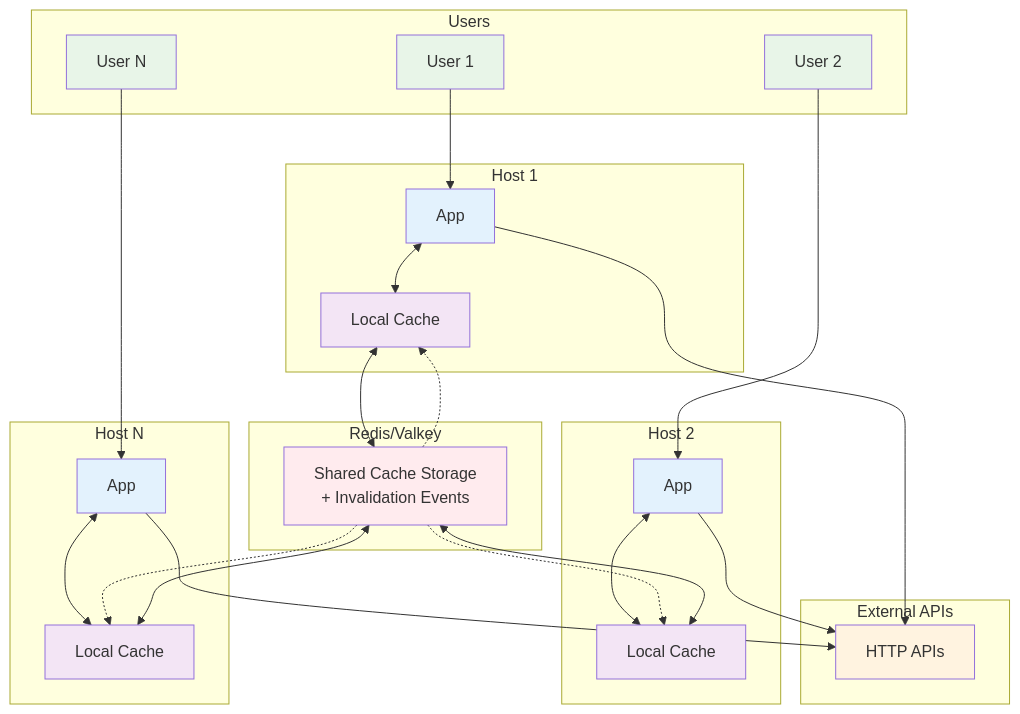
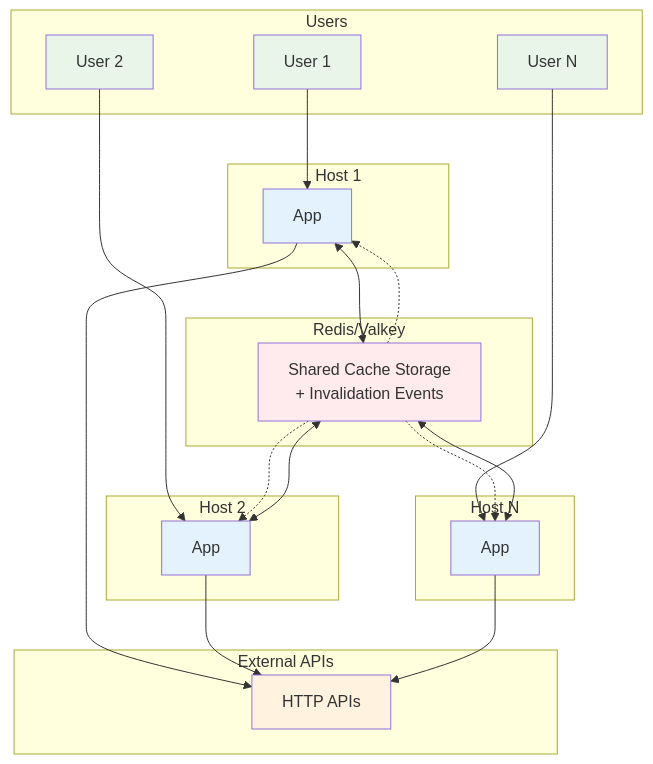
Before and after one commit to platformatic/undici-cache-redis: the diagram in README.md, drawn with Mermaid. The commit also changed other lines of this file and 102 other files, not shown here.

````diff
--- a/README.md
+++ b/README.md
@@ -310,63 +299,54 @@
 ```mermaid
 graph TB
     subgraph "Users"
         U1[User 1]
         U2[User 2]
         U3[User N]
     end
-    
+
     subgraph "Host 1"
         A1[App]
-        B1[Local Cache]
     end
-    
-    subgraph "Host 2" 
+
+    subgraph "Host 2"
         A2[App]
-        B2[Local Cache]
     end
-    
+
     subgraph "Host N"
         A3[App]
-        B3[Local Cache]
     end
-    
+
     subgraph "Redis/Valkey"
         R[Shared Cache Storage<br/>+ Invalidation Events]
     end
-    
+
     subgraph "External APIs"
         API[HTTP APIs]
     end
-    
+
     U1 --> A1
     U2 --> A2
     U3 --> A3
-    
-    A1 <--> B1
-    A2 <--> B2
-    A3 <--> B3
-    
-    B1 <--> R
-    B2 <--> R
-    B3 <--> R
-    
+
+    A1 <--> R
+    A2 <--> R
+    A3 <--> R
+
     A1 --> API
     A2 --> API
     A3 --> API
-    
-    R -.-> B1
-    R -.-> B2
-    R -.-> B3
-    
+
+    R -.-> A1
+    R -.-> A2
+    R -.-> A3
+
     classDef users fill:#e8f5e8
     classDef app fill:#e3f2fd
-    classDef cache fill:#f3e5f5
     classDef redis fill:#ffebee
     classDef api fill:#fff3e0
-    
+
     class U1,U2,U3 users
     class A1,A2,A3 app
-    class B1,B2,B3 cache
     class R redis
     class API api
 ```
````
